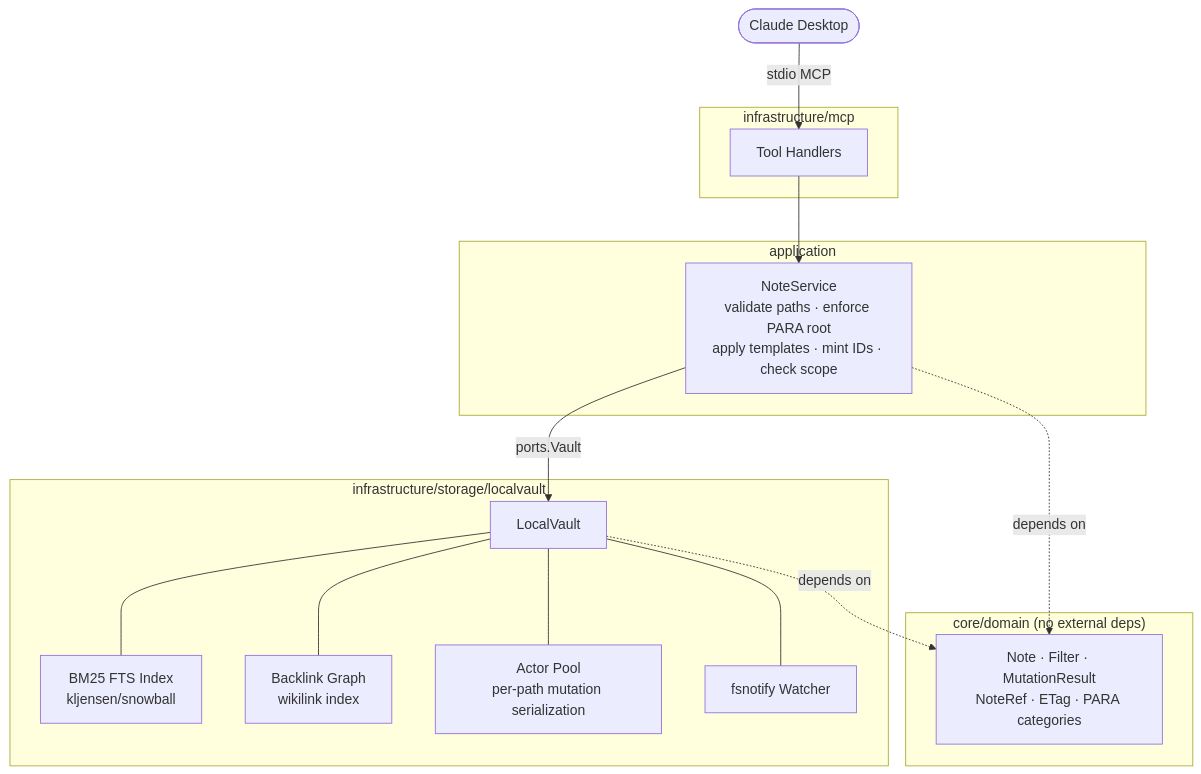
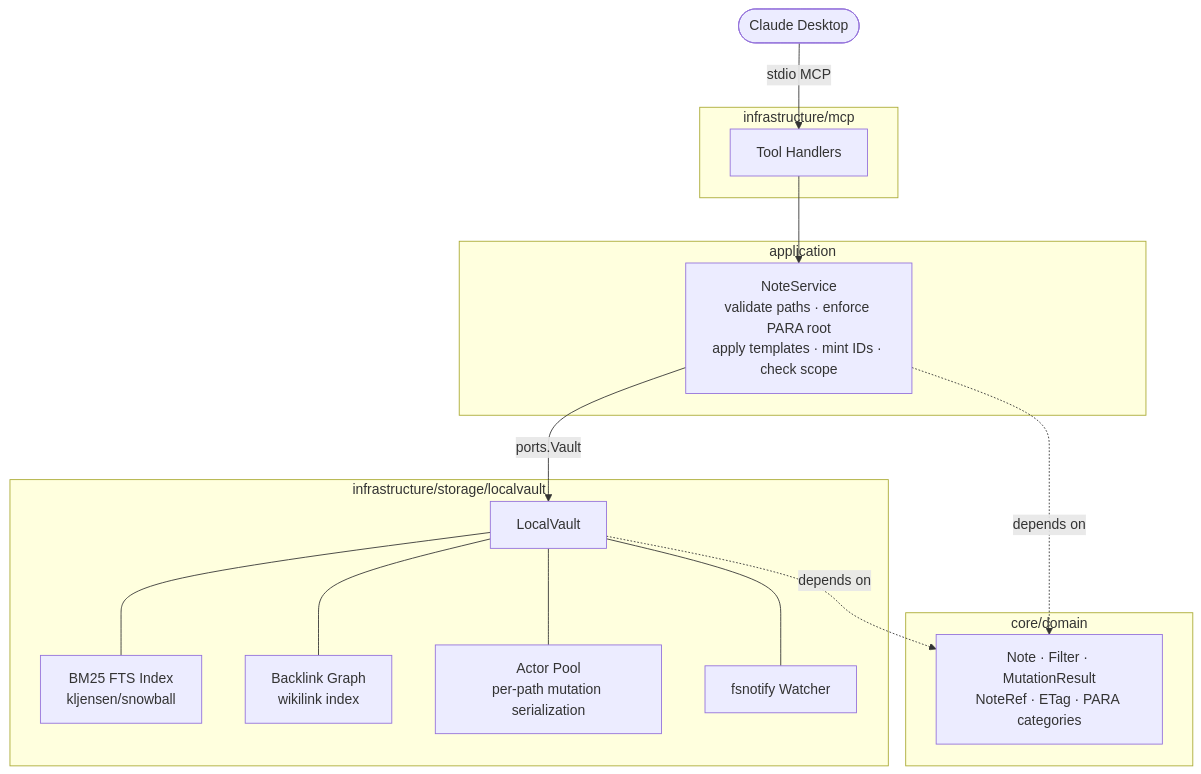
One commit to whiskeyjimbo/para-mcp changed the diagram in README.md. Above: the diagram before and after it, drawn with Mermaid. The commit also changed other lines of this file, not shown here.

````diff
--- a/README.md
+++ b/README.md
@@ -162,31 +162,31 @@
 ```mermaid
 flowchart TD
     A([Claude Desktop]) -->|stdio MCP| B
 
     subgraph infra ["infrastructure/mcp"]
         B[Tool Handlers]
     end
 
     B --> C
 
     subgraph app ["application"]
         C[NoteService\nvalidate paths · enforce PARA root\napply templates · mint IDs · check scope]
     end
 
     C -->|ports.Vault| D
 
     subgraph storage ["infrastructure/storage/localvault"]
         D[LocalVault]
         D --- E[BM25 FTS Index\nkljensen/snowball]
         D --- F[Backlink Graph\nwikilink index]
         D --- G[Actor Pool\nper-path mutation serialization]
         D --- H[fsnotify Watcher]
     end
 
-    subgraph domain ["core/domain  (no external deps)"]
+    subgraph domain ["core/domain"]
         I[Note · Filter · MutationResult\nNoteRef · ETag · PARA categories]
     end
 
     C -.->|depends on| I
     D -.->|depends on| I
 ```
````
